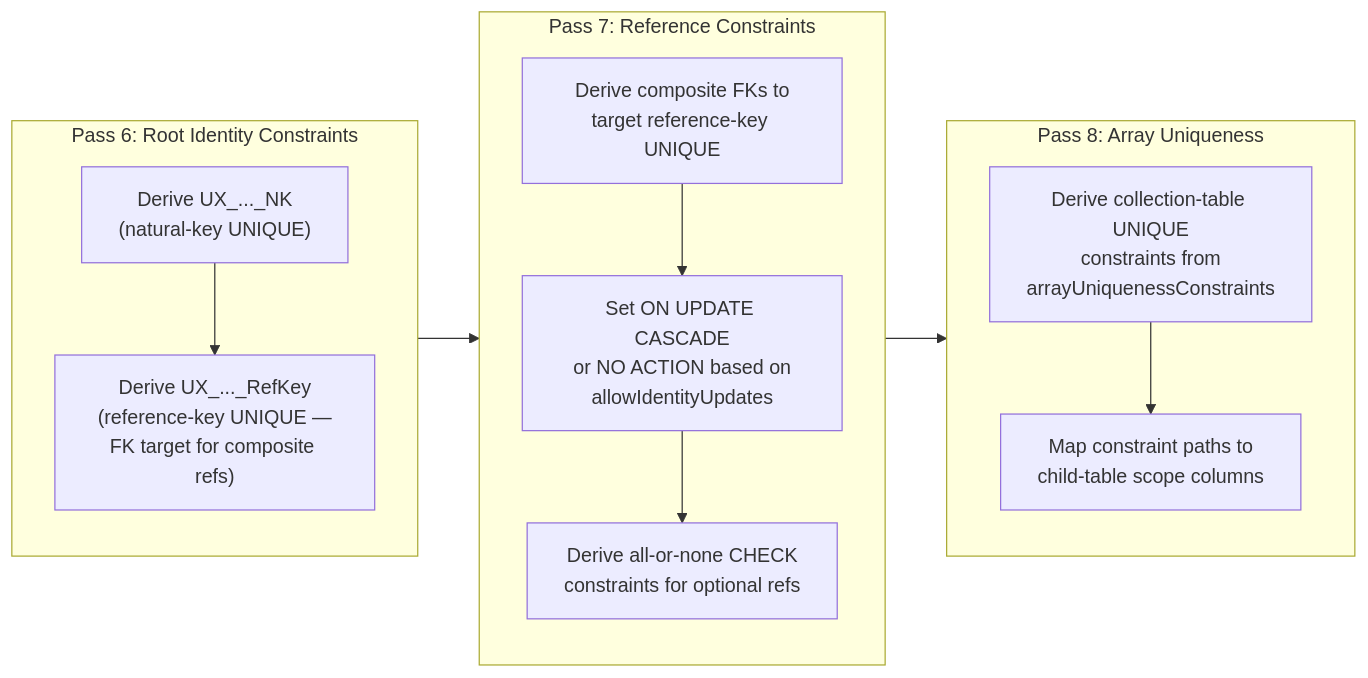
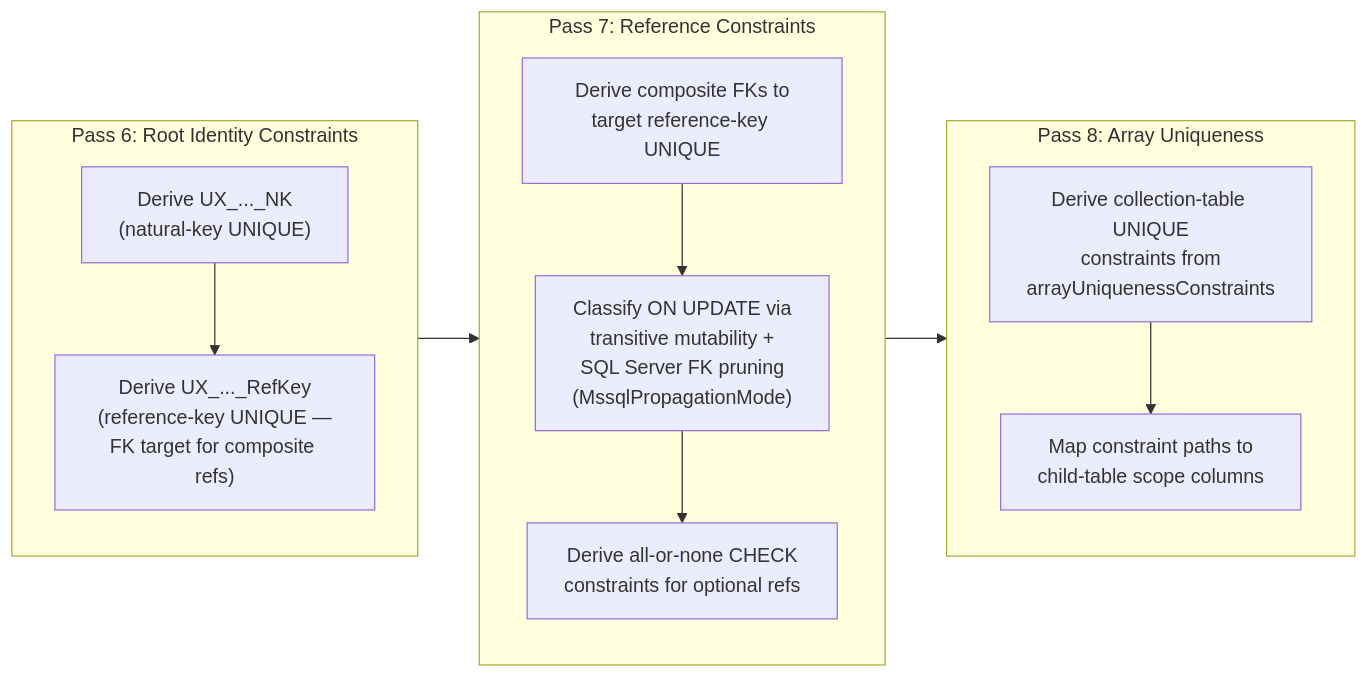
Diagram 14 of 16 in reference/design/backend-redesign/presentations/relational-model-presentation.md (Ed-Fi-Alliance-OSS/Data-Management-Service), drawn with Mermaid before and after one commit. The commit also changed 16 other files, not shown here.

````diff
--- a/reference/design/backend-redesign/presentations/relational-model-presentation.md
+++ b/reference/design/backend-redesign/presentations/relational-model-presentation.md
@@ -601,26 +601,26 @@
 ```mermaid
 flowchart LR
     subgraph P6["Pass 6: Root Identity Constraints"]
         direction TB
         P6A["Derive UX_..._NK<br/>(natural-key UNIQUE)"]
         P6B["Derive UX_..._RefKey<br/>(reference-key UNIQUE —<br/>FK target for composite refs)"]
         P6A --> P6B
     end
 
     subgraph P7["Pass 7: Reference Constraints"]
         direction TB
         P7A["Derive composite FKs to<br/>target reference-key UNIQUE"]
-        P7B["Set ON UPDATE CASCADE<br/>or NO ACTION based on<br/>allowIdentityUpdates"]
+        P7B["Classify ON UPDATE via<br/>transitive mutability +<br/>SQL Server FK pruning<br/>(MssqlPropagationMode)"]
         P7C["Derive all-or-none CHECK<br/>constraints for optional refs"]
         P7A --> P7B --> P7C
     end
 
     subgraph P8["Pass 8: Array Uniqueness"]
         direction TB
         P8A["Derive collection-table UNIQUE<br/>constraints from<br/>arrayUniquenessConstraints"]
         P8B["Map constraint paths to<br/>child-table scope columns"]
         P8A --> P8B
     end
 
     P6 --> P7 --> P8
 ```
````
